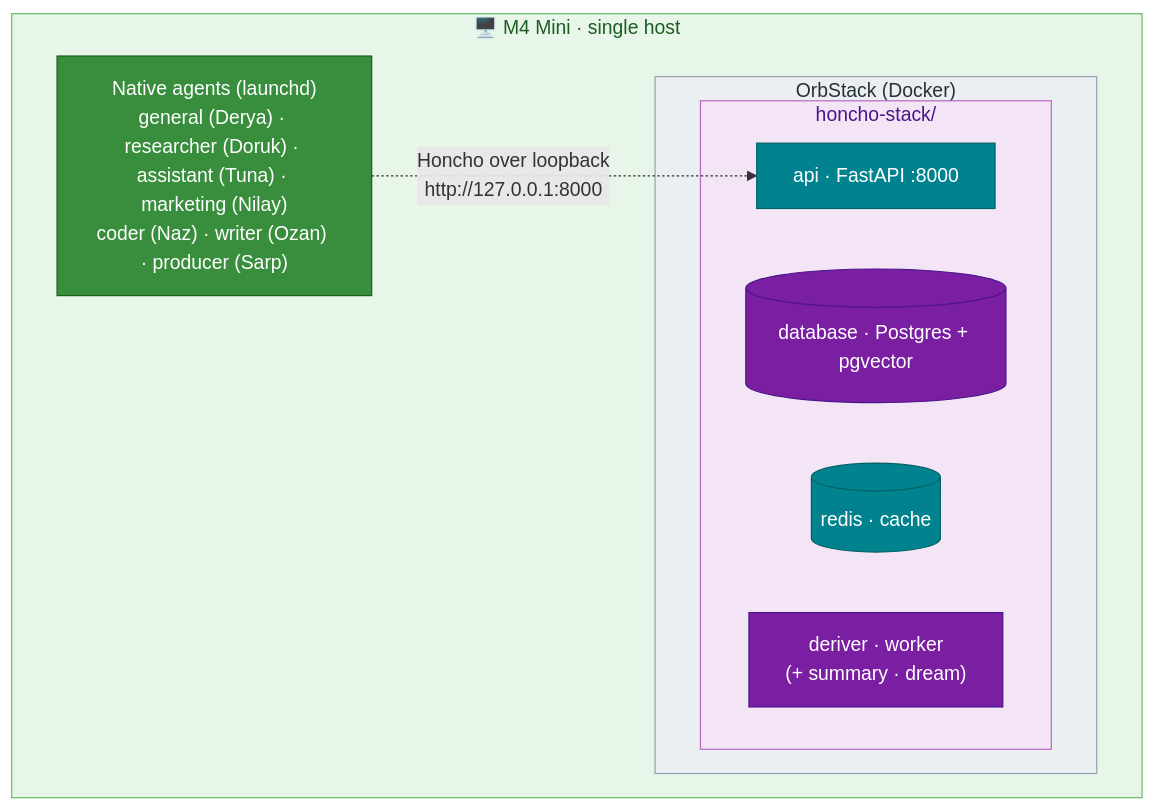
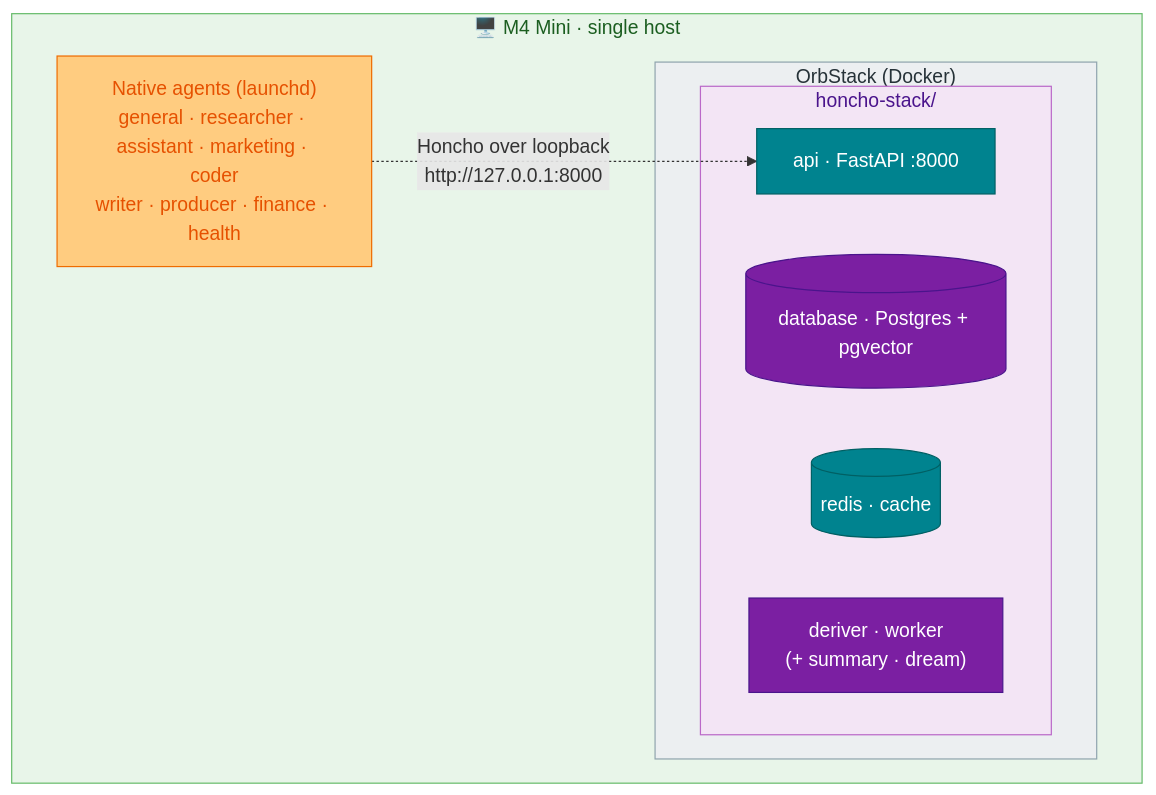
Before and after one commit to mpolatcan/hermes-setup: the second of 2 diagrams in docs/07-memory.md, drawn with Mermaid. The commit also changed other lines of this file and 14 other files, not shown here.

````diff
--- a/docs/07-memory.md
+++ b/docs/07-memory.md
@@ -90,21 +90,21 @@
 ```mermaid
 flowchart TB
     subgraph mini["🖥️ M4 Mini · single host"]
-        ag["Native agents (launchd)<br/>general (Derya) · researcher (Doruk) · assistant (Tuna) · marketing (Nilay)<br/>coder (Naz) · writer (Ozan) · producer (Sarp)"]:::mini
+        ag["Native agents (launchd)<br/>general · researcher · assistant · marketing · coder<br/>writer · producer · finance · health"]:::codex
         subgraph orb["OrbStack (Docker)"]
             subgraph hs["honcho-stack/"]
                 api["api · FastAPI :8000"]:::svc
                 db[("database · Postgres + pgvector")]:::infra
                 redis[("redis · cache")]:::svc
                 deriver["deriver · worker<br/>(+ summary · dream)"]:::infra
             end
         end
     end
     ag -. "Honcho over loopback<br/>http://127.0.0.1:8000" .-> api
-    classDef mini fill:#388E3C,stroke:#1B5E20,color:#fff
+    classDef codex fill:#FFCC80,stroke:#EF6C00,color:#E65100
     classDef svc fill:#00838F,stroke:#006064,color:#fff
     classDef infra fill:#7B1FA2,stroke:#4A148C,color:#fff
     style mini fill:#E8F5E9,stroke:#66BB6A,color:#1B5E20
     style orb fill:#ECEFF1,stroke:#90A4AE,color:#263238
     style hs fill:#F3E5F5,stroke:#BA68C8,color:#4A148C
 ```
````
